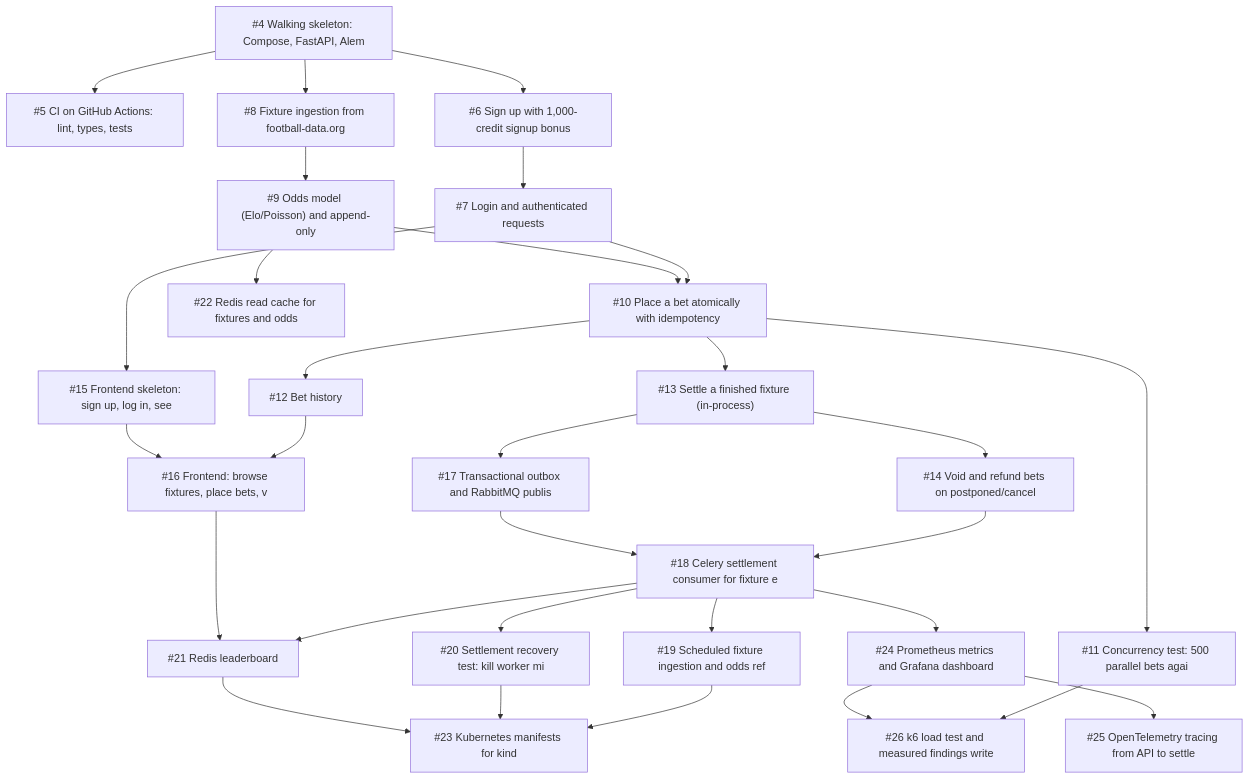
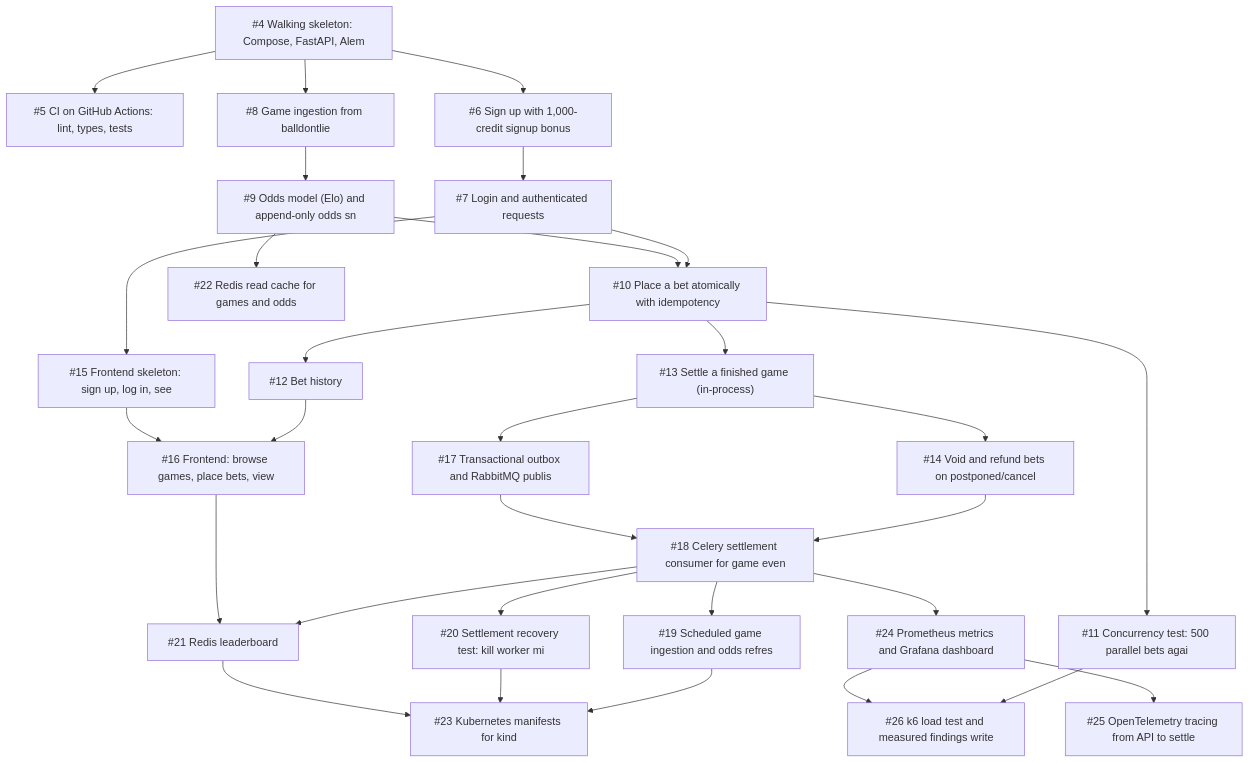
Before and after one commit to Kenneth882/play-money-sportsbook: the diagram in docs/specs/README.md, drawn with Mermaid. The commit also changed other lines of this file and 22 other files, not shown here.

````diff
--- a/docs/specs/README.md
+++ b/docs/specs/README.md
@@ -53,55 +53,55 @@
 ```mermaid
 graph TD
   i4["#4 Walking skeleton: Compose, FastAPI, Alem"]
   i5["#5 CI on GitHub Actions: lint, types, tests"]
   i6["#6 Sign up with 1,000-credit signup bonus"]
   i7["#7 Login and authenticated requests"]
-  i8["#8 Fixture ingestion from football-data.org"]
-  i9["#9 Odds model (Elo/Poisson) and append-only"]
+  i8["#8 Game ingestion from balldontlie"]
+  i9["#9 Odds model (Elo) and append-only odds sn"]
   i10["#10 Place a bet atomically with idempotency "]
   i11["#11 Concurrency test: 500 parallel bets agai"]
   i12["#12 Bet history"]
-  i13["#13 Settle a finished fixture (in-process)"]
+  i13["#13 Settle a finished game (in-process)"]
   i14["#14 Void and refund bets on postponed/cancel"]
   i15["#15 Frontend skeleton: sign up, log in, see "]
-  i16["#16 Frontend: browse fixtures, place bets, v"]
+  i16["#16 Frontend: browse games, place bets, view"]
   i17["#17 Transactional outbox and RabbitMQ publis"]
-  i18["#18 Celery settlement consumer for fixture e"]
-  i19["#19 Scheduled fixture ingestion and odds ref"]
+  i18["#18 Celery settlement consumer for game even"]
+  i19["#19 Scheduled game ingestion and odds refres"]
   i20["#20 Settlement recovery test: kill worker mi"]
   i21["#21 Redis leaderboard"]
-  i22["#22 Redis read cache for fixtures and odds"]
+  i22["#22 Redis read cache for games and odds"]
   i23["#23 Kubernetes manifests for kind"]
   i24["#24 Prometheus metrics and Grafana dashboard"]
   i25["#25 OpenTelemetry tracing from API to settle"]
   i26["#26 k6 load test and measured findings write"]
   i4 --> i5
   i4 --> i6
   i6 --> i7
   i4 --> i8
   i8 --> i9
   i7 --> i10
   i9 --> i10
   i10 --> i11
   i10 --> i12
   i10 --> i13
   i13 --> i14
   i7 --> i15
   i12 --> i16
   i15 --> i16
   i13 --> i17
   i14 --> i18
   i17 --> i18
   i18 --> i19
   i18 --> i20
   i18 --> i21
   i16 --> i21
   i9 --> i22
   i19 --> i23
   i20 --> i23
   i21 --> i23
   i18 --> i24
   i24 --> i25
   i11 --> i26
   i24 --> i26
 ```
````
